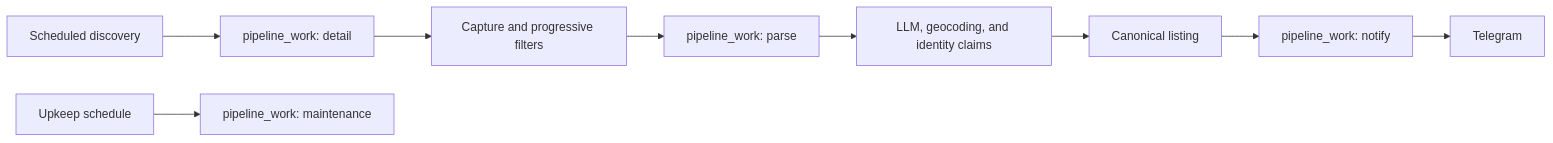
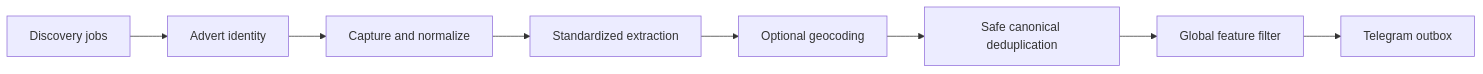
Before and after one commit to jhytabest/ShoberFredy: the diagram in README.md, drawn with Mermaid. The commit also changed other lines of this file and 31 other files, not shown here.

Commit message:
Unify discovery jobs into one feature-based listing pipeline

````diff
--- a/README.md
+++ b/README.md
@@ -42,11 +11,10 @@
 ```mermaid
 flowchart LR
-  A["Scheduled discovery"] --> B["pipeline_work: detail"]
-  B --> C["Capture and progressive filters"]
-  C --> D["pipeline_work: parse"]
-  D --> E["LLM, geocoding, and identity claims"]
-  E --> F["Canonical listing"]
-  F --> G["pipeline_work: notify"]
-  G --> H["Telegram"]
-  I["Upkeep schedule"] --> J["pipeline_work: maintenance"]
+  J[Discovery jobs] --> D[Advert identity]
+  D --> C[Capture and normalize]
+  C --> E[Standardized extraction]
+  E --> G[Optional geocoding]
+  G --> M[Safe canonical deduplication]
+  M --> F[Global feature filter]
+  F --> T[Telegram outbox]
 ```
````
